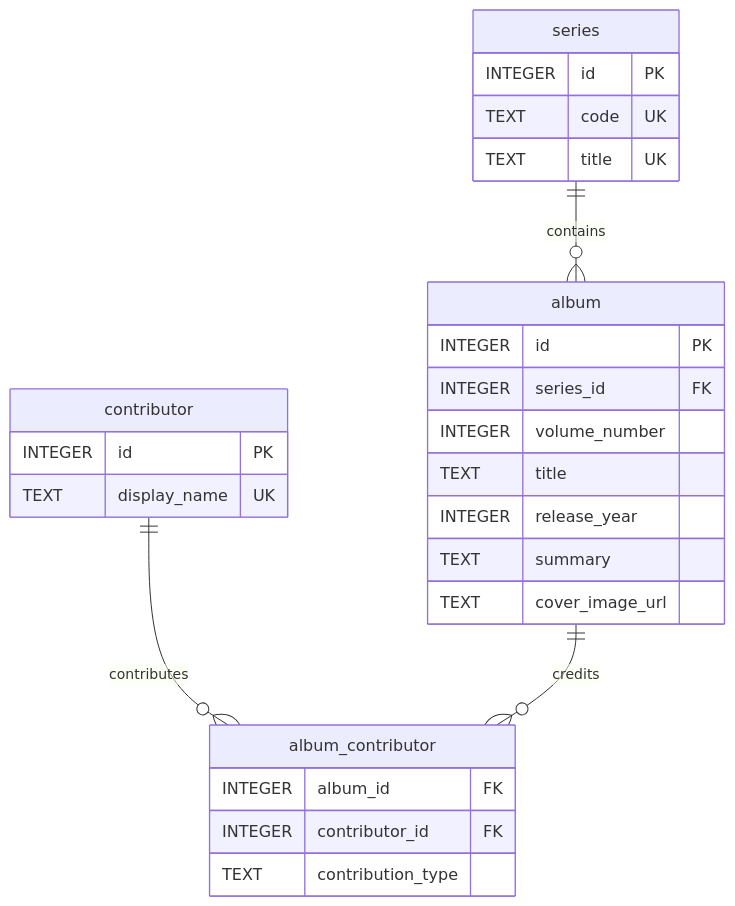
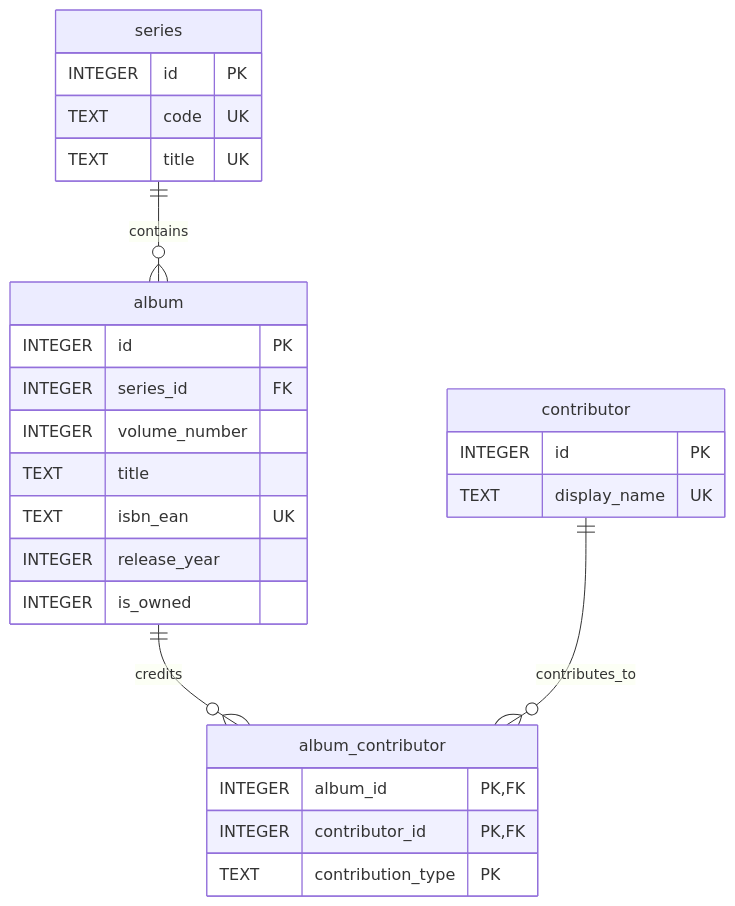
One commit to Raph8277/Workshop-MyAgents changed the diagram in docs/library-database.md. Above: the diagram before and after it, drawn with Mermaid. The commit also changed other lines of this file and 118 other files, not shown here.

````diff
--- a/docs/library-database.md
+++ b/docs/library-database.md
@@ -39,33 +107,33 @@
 ```mermaid
 erDiagram
     series ||--o{ album : contains
-    contributor ||--o{ album_contributor : contributes
     album ||--o{ album_contributor : credits
+    contributor ||--o{ album_contributor : contributes_to
 
     series {
         INTEGER id PK
         TEXT code UK
         TEXT title UK
     }
 
+    album {
+        INTEGER id PK
+        INTEGER series_id FK
+        INTEGER volume_number
+        TEXT title
+        TEXT isbn_ean UK
+        INTEGER release_year
+        INTEGER is_owned
+    }
+
     contributor {
         INTEGER id PK
         TEXT display_name UK
     }
 
-    album {
-        INTEGER id PK
-        INTEGER series_id FK
-        INTEGER volume_number
-        TEXT title
-        INTEGER release_year
-        TEXT summary
-        TEXT cover_image_url
-    }
-
     album_contributor {
-        INTEGER album_id FK
-        INTEGER contributor_id FK
-        TEXT contribution_type
+        INTEGER album_id PK, FK
+        INTEGER contributor_id PK, FK
+        TEXT contribution_type PK
     }
 ```
````
